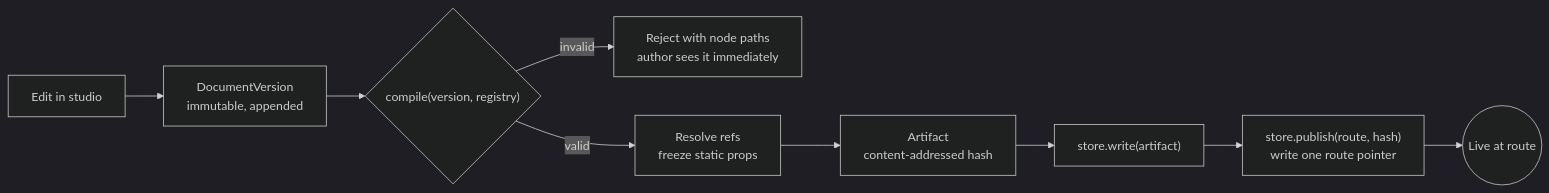
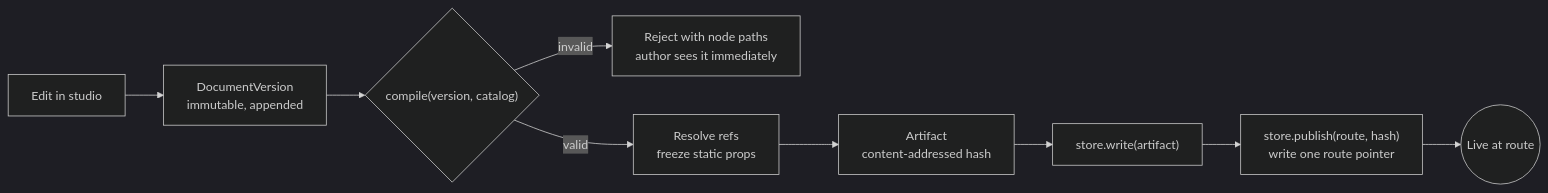
One commit to effekt/halyard changed the second of 3 diagrams in docs/domain-model.md. Above: the diagram before and after it, drawn with Mermaid (dark theme). The commit also changed other lines of this file and 12 other files, not shown here.

````diff
--- a/docs/domain-model.md
+++ b/docs/domain-model.md
@@ -363,11 +369,11 @@
 ```mermaid
 flowchart LR
     A["Edit in studio"] --> B["DocumentVersion<br/>immutable, appended"]
-    B --> C{"compile(version, registry)"}
+    B --> C{"compile(version, catalog)"}
     C -->|"invalid"| D["Reject with node paths<br/>author sees it immediately"]
     C -->|"valid"| E["Resolve refs<br/>freeze static props"]
     E --> F["Artifact<br/>content-addressed hash"]
     F --> G["store.write(artifact)"]
     G --> H["store.publish(route, hash)<br/>write one route pointer"]
     H --> I(("Live at route"))
 ```
````
